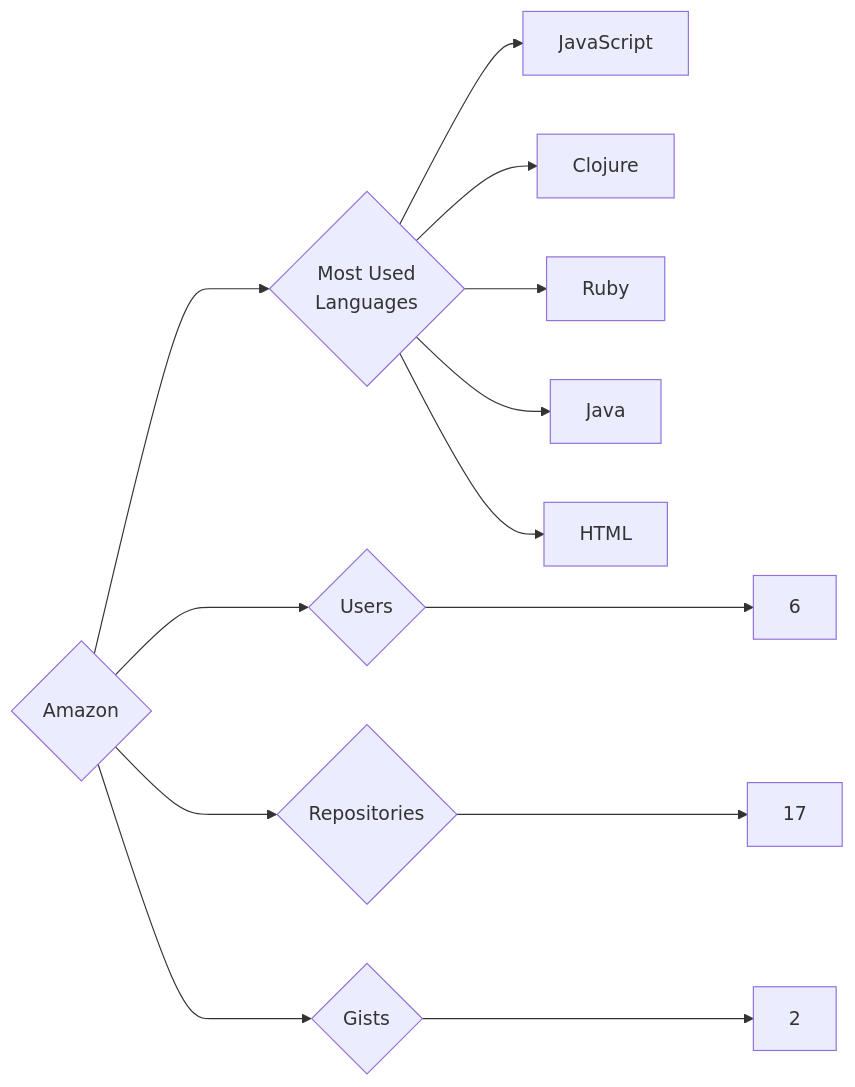
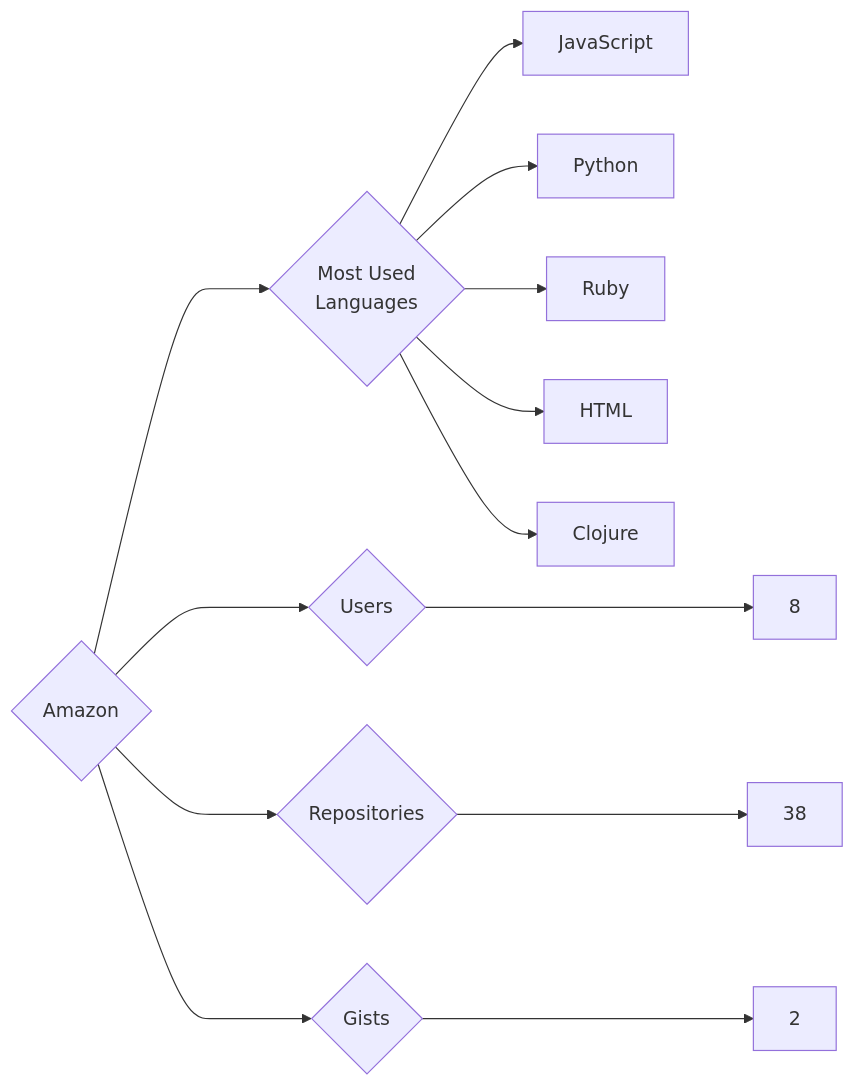
Before and after one commit to trickest/insiders: the diagram in targets/Amazon/README.md, drawn with Mermaid. The commit also changed 988 other files, not shown here.

````diff
--- a/targets/Amazon/README.md
+++ b/targets/Amazon/README.md
@@ -3,13 +3,13 @@
 ```mermaid
 graph LR
 COMPANY_NAME{Amazon}
-COMPANY_NAME ---> U{Users} ---> UN[6]
-COMPANY_NAME ---> R{Repositories} ---> RN[17]
+COMPANY_NAME ---> U{Users} ---> UN[8]
+COMPANY_NAME ---> R{Repositories} ---> RN[38]
 COMPANY_NAME ---> G{Gists} ---> GN[2]
 COMPANY_NAME ---> ML{Most Used<br>Languages}
 ML --> JavaScript[JavaScript]
+ML --> Python[Python]
+ML --> Ruby[Ruby]
+ML --> HTML[HTML]
 ML --> Clojure[Clojure]
-ML --> Ruby[Ruby]
-ML --> Java[Java]
-ML --> HTML[HTML]
 ```
````
